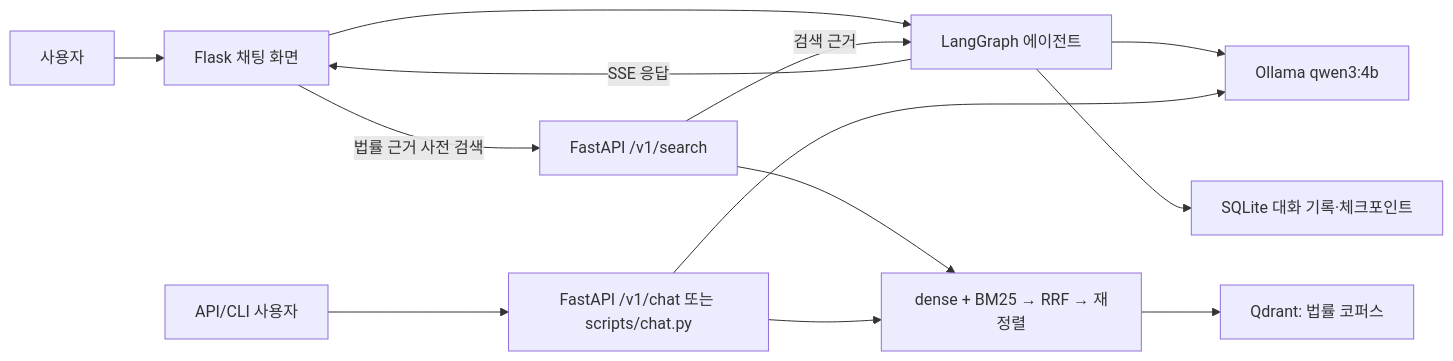
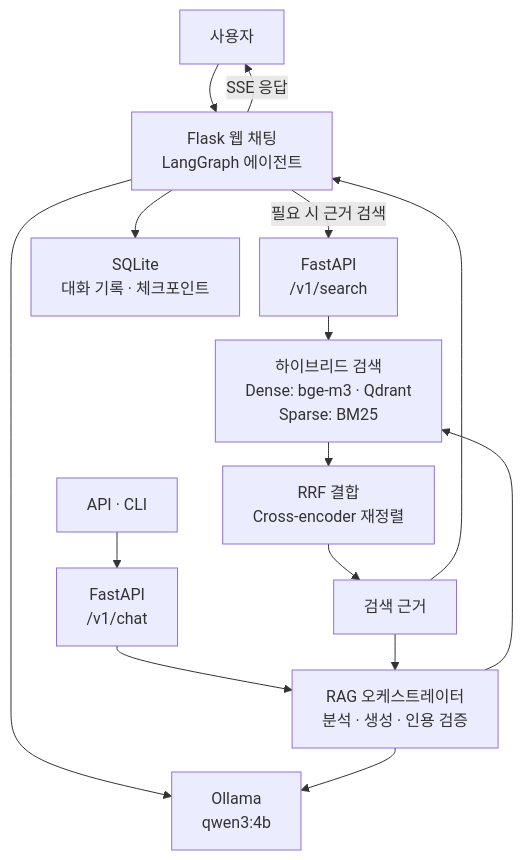
The diagram in README.md (Fulish0707/LegalAssistant), drawn with Mermaid before and after one commit.

Commit message:
Compact README system diagram

```diff
--- a/README.md
+++ b/README.md
@@ -36,15 +36,21 @@
 ~~~mermaid
-flowchart LR
-    User["사용자"] --> Flask["Flask 채팅 화면"]
-    Flask --> Agent["LangGraph 에이전트"]
-    Flask -- "법률 근거 사전 검색" --> Search["FastAPI /v1/search"]
-    Search --> Retrieval["dense + BM25 → RRF → 재정렬"]
-    Retrieval --> Qdrant["Qdrant: 법률 코퍼스"]
-    Search -- "검색 근거" --> Agent
-    Agent --> Ollama["Ollama qwen3:4b"]
-    Agent -- "SSE 응답" --> Flask
-    Agent --> SQLite["SQLite 대화 기록·체크포인트"]
-    Direct["API/CLI 사용자"] --> Chat["FastAPI /v1/chat 또는 scripts/chat.py"]
-    Chat --> Retrieval
-    Chat --> Ollama
+%%{init: {"flowchart": {"nodeSpacing": 20, "rankSpacing": 24, "diagramPadding": 6}}}%%
+flowchart TB
+    User["사용자"] --> Web["Flask 웹 채팅<br/>LangGraph 에이전트"]
+    Caller["API · CLI"] --> ChatAPI["FastAPI<br/>/v1/chat"]
+
+    Web -->|필요 시 근거 검색| SearchAPI["FastAPI<br/>/v1/search"]
+    ChatAPI --> Orchestrator["RAG 오케스트레이터<br/>분석 · 생성 · 인용 검증"]
+
+    SearchAPI --> Retrieval["하이브리드 검색<br/>Dense: bge-m3 · Qdrant<br/>Sparse: BM25"]
+    Orchestrator --> Retrieval
+    Retrieval --> Ranking["RRF 결합<br/>Cross-encoder 재정렬"]
+    Ranking --> Evidence["검색 근거"]
+
+    Evidence --> Web
+    Evidence --> Orchestrator
+    Web --> LLM["Ollama<br/>qwen3:4b"]
+    Orchestrator --> LLM
+    Web --> SQLite["SQLite<br/>대화 기록 · 체크포인트"]
+    Web -->|SSE 응답| User
 ~~~
```
